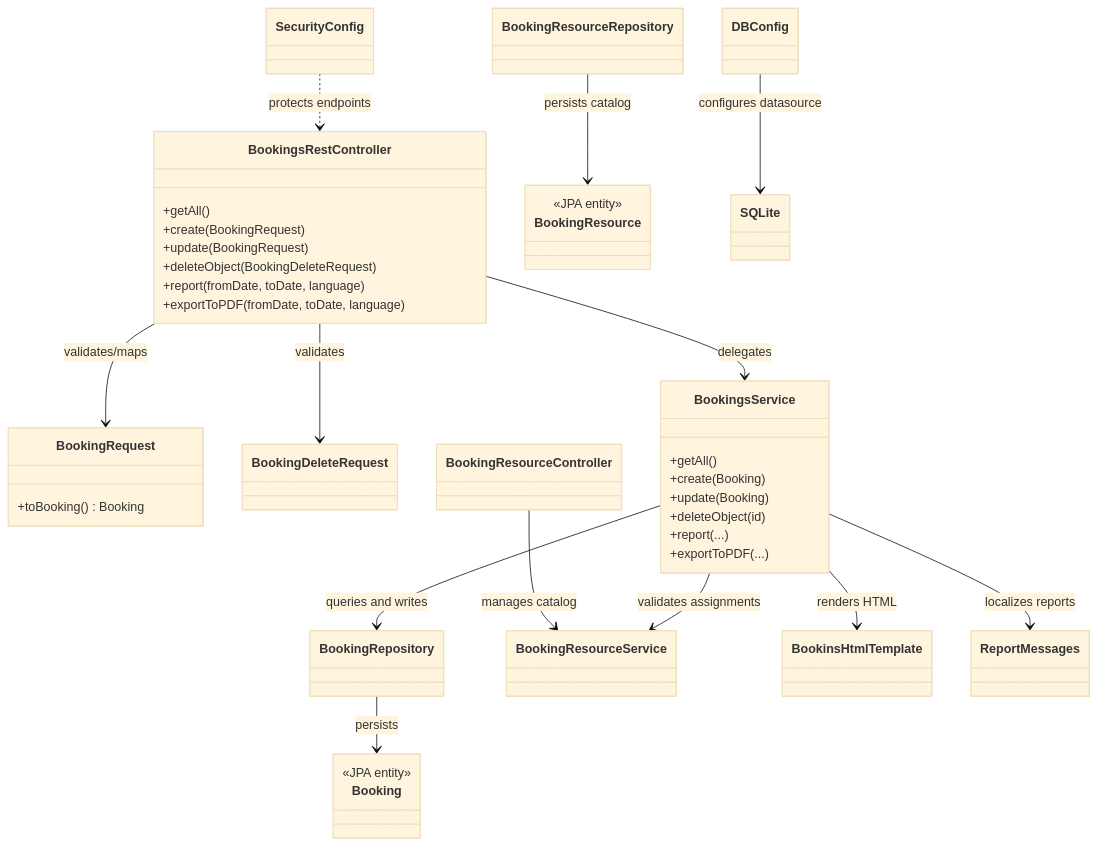
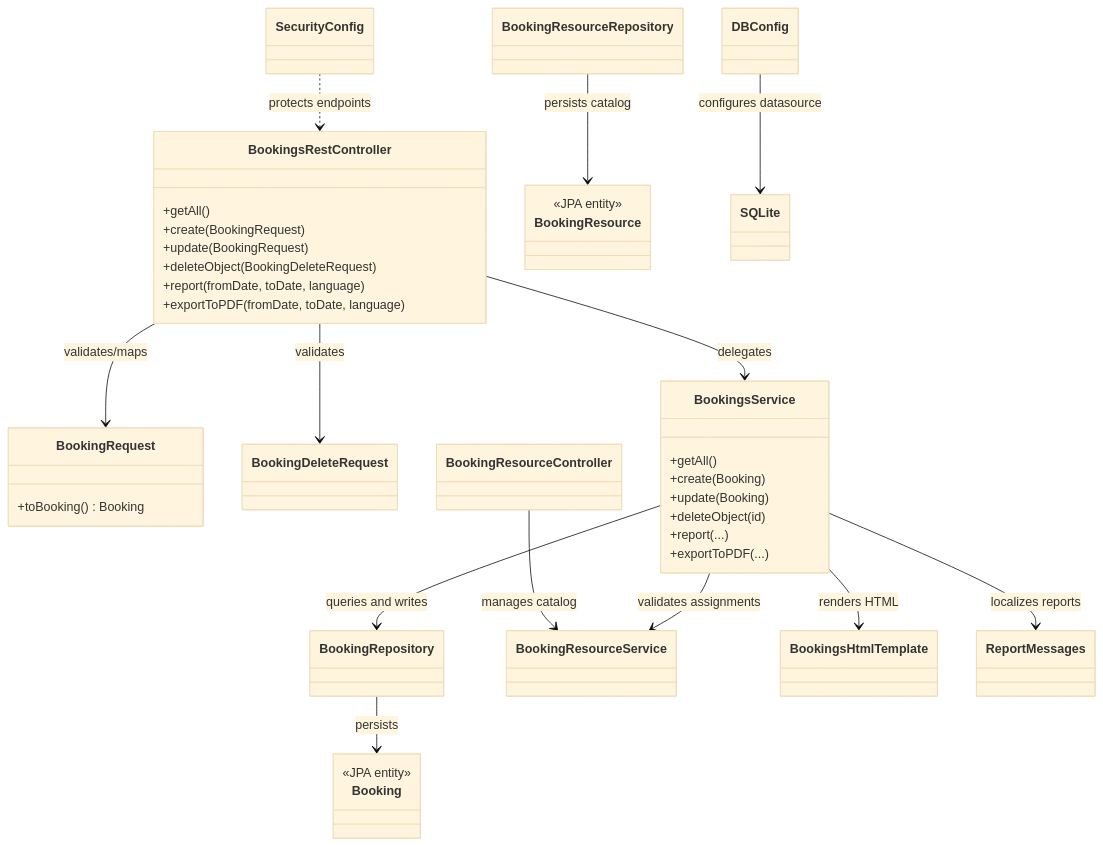
Before and after one commit to georgiosleon/leonbookinsKarpathos: the second of 2 diagrams in docs/architecture.md, drawn with Mermaid (base theme). The commit also changed other lines of this file and 48 other files, not shown here.

````diff
--- a/docs/architecture.md
+++ b/docs/architecture.md
@@ -52,51 +52,51 @@
 ```mermaid
 classDiagram
     class BookingsRestController {
         +getAll()
         +create(BookingRequest)
         +update(BookingRequest)
         +deleteObject(BookingDeleteRequest)
         +report(fromDate, toDate, language)
         +exportToPDF(fromDate, toDate, language)
     }
     class BookingRequest {
         +toBooking() Booking
     }
     class BookingDeleteRequest
     class BookingsService {
         +getAll()
         +create(Booking)
         +update(Booking)
         +deleteObject(id)
         +report(...)
         +exportToPDF(...)
     }
     class BookingRepository
     class BookingResourceRepository
     class BookingResourceService
     class BookingResourceController
     class BookingResource {
         <<JPA entity>>
     }
     class Booking {
         <<JPA entity>>
     }
-    class BookinsHtmlTemplate
+    class BookingsHtmlTemplate
     class ReportMessages
     class SecurityConfig
     class DBConfig
     class SQLite
 
     BookingsRestController --> BookingRequest : validates/maps
     BookingsRestController --> BookingDeleteRequest : validates
     BookingsRestController --> BookingsService : delegates
     BookingsService --> BookingRepository : queries and writes
     BookingRepository --> Booking : persists
     BookingResourceRepository --> BookingResource : persists catalog
     BookingsService --> BookingResourceService : validates assignments
     BookingResourceController --> BookingResourceService : manages catalog
-    BookingsService --> BookinsHtmlTemplate : renders HTML
+    BookingsService --> BookingsHtmlTemplate : renders HTML
     BookingsService --> ReportMessages : localizes reports
     DBConfig --> SQLite : configures datasource
     SecurityConfig ..> BookingsRestController : protects endpoints
 ```
````
